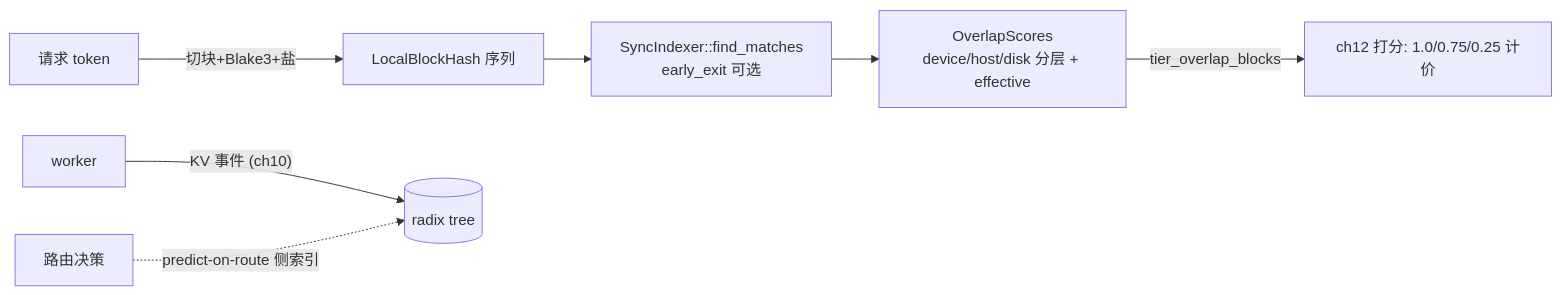
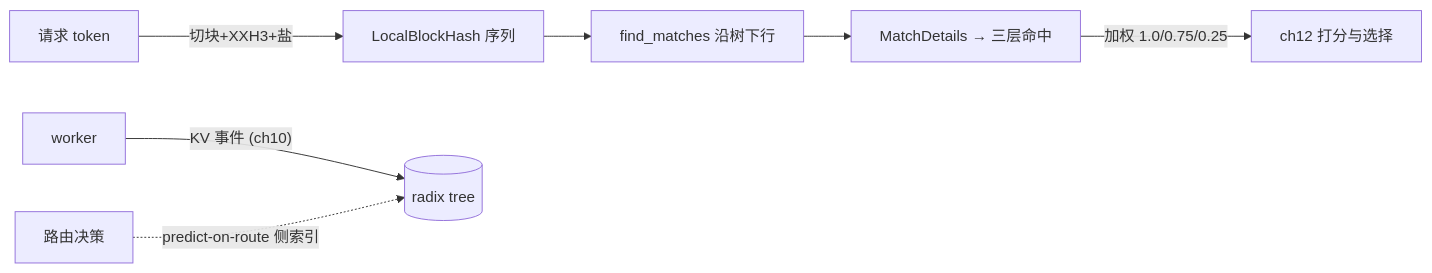
One commit to coderchem/dynamo-learning-book changed the third of 3 diagrams in 03-kv-routing/ch11-prefix-index.md. Above: the diagram before and after it, drawn with Mermaid. The commit also changed other lines of this file, not shown here.

First line of the commit message:
docs: ch11 重写——radix tree 原理图解、NATS 事件组装与查询全链时序图

````diff
--- a/03-kv-routing/ch11-prefix-index.md
+++ b/03-kv-routing/ch11-prefix-index.md
@@ -254,9 +467,9 @@
 ```mermaid
 flowchart LR
-    T[请求 token] -->|切块+Blake3+盐| H[LocalBlockHash 序列]
-    H --> Q[SyncIndexer::find_matches<br/>early_exit 可选]
-    Q --> OS[OverlapScores<br/>device/host/disk 分层 + effective]
-    OS -->|"tier_overlap_blocks"| S[ch12 打分: 1.0/0.75/0.25 计价]
+    T[请求 token] -->|切块+XXH3+盐| H[LocalBlockHash 序列]
+    H --> Q[find_matches 沿树下行]
+    Q --> OS[MatchDetails → 三层命中]
+    OS -->|加权 1.0/0.75/0.25| S[ch12 打分与选择]
     W[worker] -->|"KV 事件 (ch10)"| TREE[(radix tree)]
     P[路由决策] -.->|"predict-on-route 侧索引"| TREE
 ```
````
